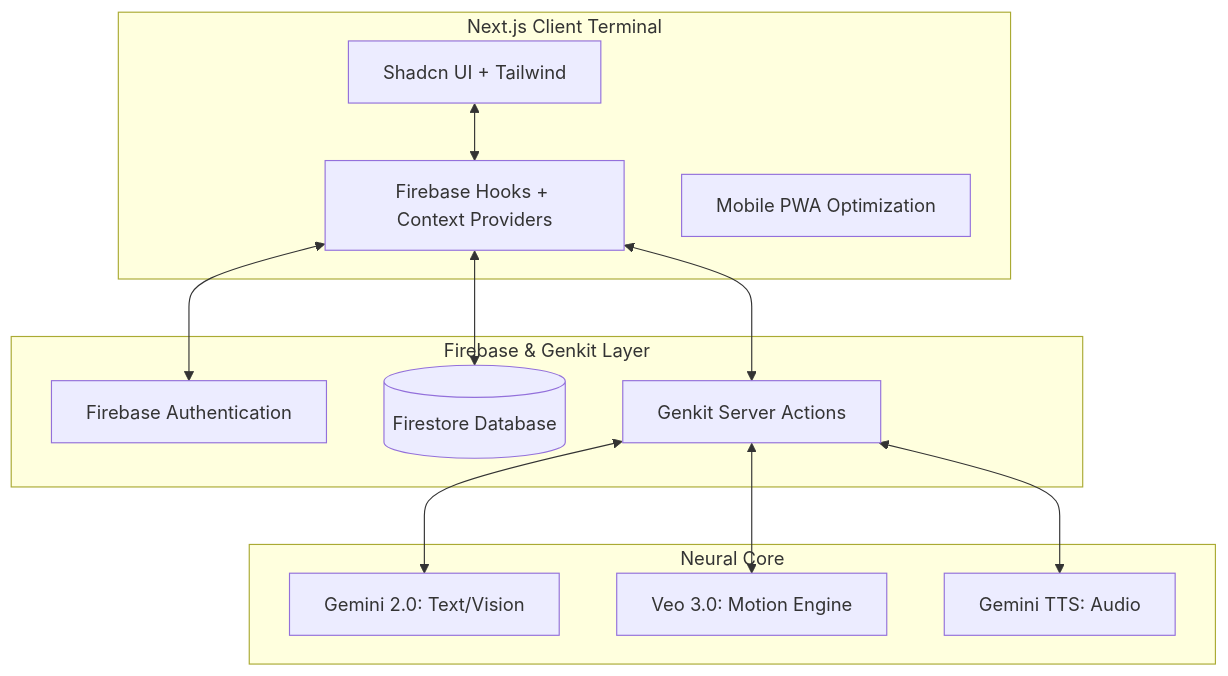
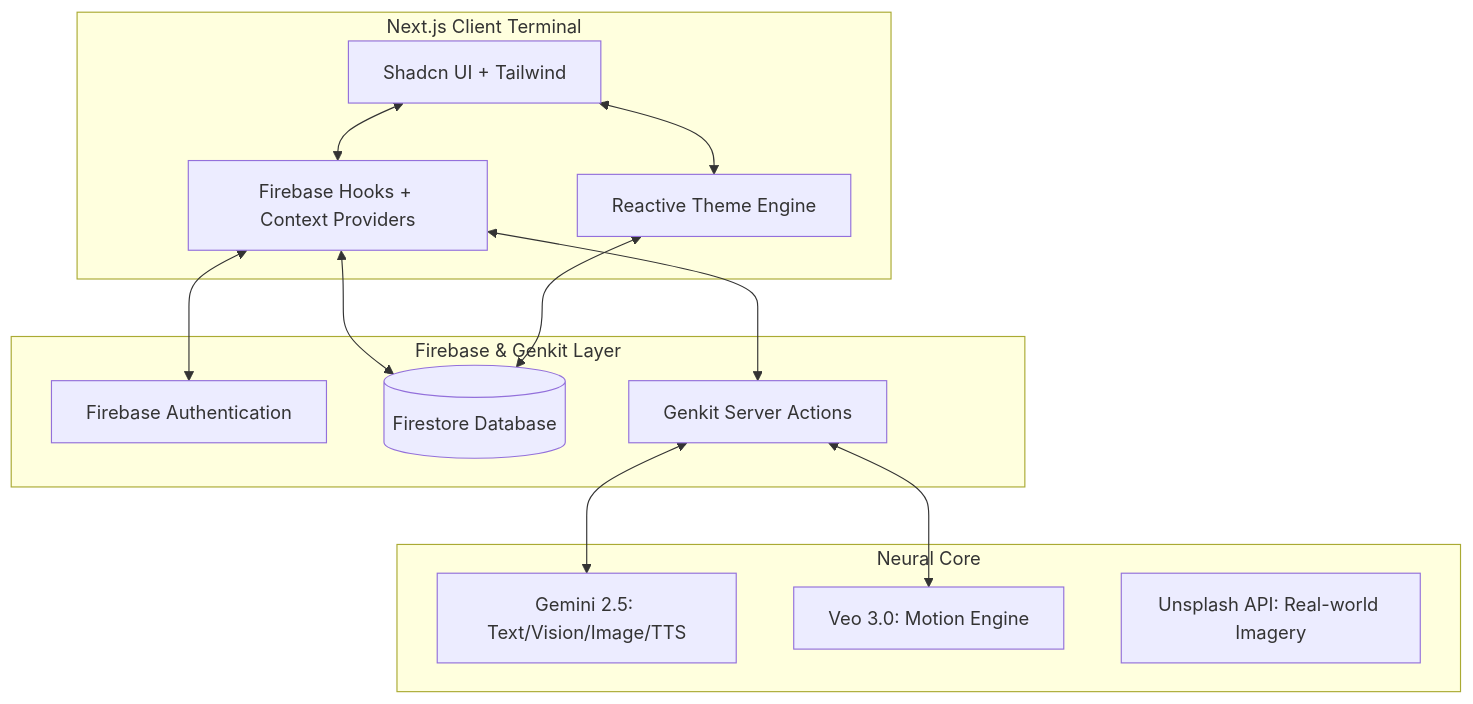
Before and after one commit to jndakola1/AIva: the diagram in README.md, drawn with Mermaid. The commit also changed other lines of this file, not shown here.

Commit message:
Good so update the read me and Text Description: Summary of the Project’

````diff
--- a/README.md
+++ b/README.md
@@ -29,28 +29,29 @@
 ```mermaid
 graph TD
     subgraph Frontend [Next.js Client Terminal]
         UI[Shadcn UI + Tailwind]
         Hooks[Firebase Hooks + Context Providers]
-        PWA[Mobile PWA Optimization]
+        Theme[Reactive Theme Engine]
     end
 
     subgraph Backend [Firebase & Genkit Layer]
         Auth[Firebase Authentication]
         DB[(Firestore Database)]
         GK[Genkit Server Actions]
     end
 
     subgraph AI_Engines [Neural Core]
-        G2[Gemini 2.0: Text/Vision]
+        G25[Gemini 2.5: Text/Vision/Image/TTS]
         V3[Veo 3.0: Motion Engine]
-        TTS[Gemini TTS: Audio]
+        Search[Unsplash API: Real-world Imagery]
     end
 
     UI <--> Hooks
     Hooks <--> Auth
     Hooks <--> DB
     Hooks <--> GK
-    GK <--> G2
+    GK <--> G25
     GK <--> V3
-    GK <--> TTS
+    UI <--> Theme
+    Theme <--> DB
 ```
````
